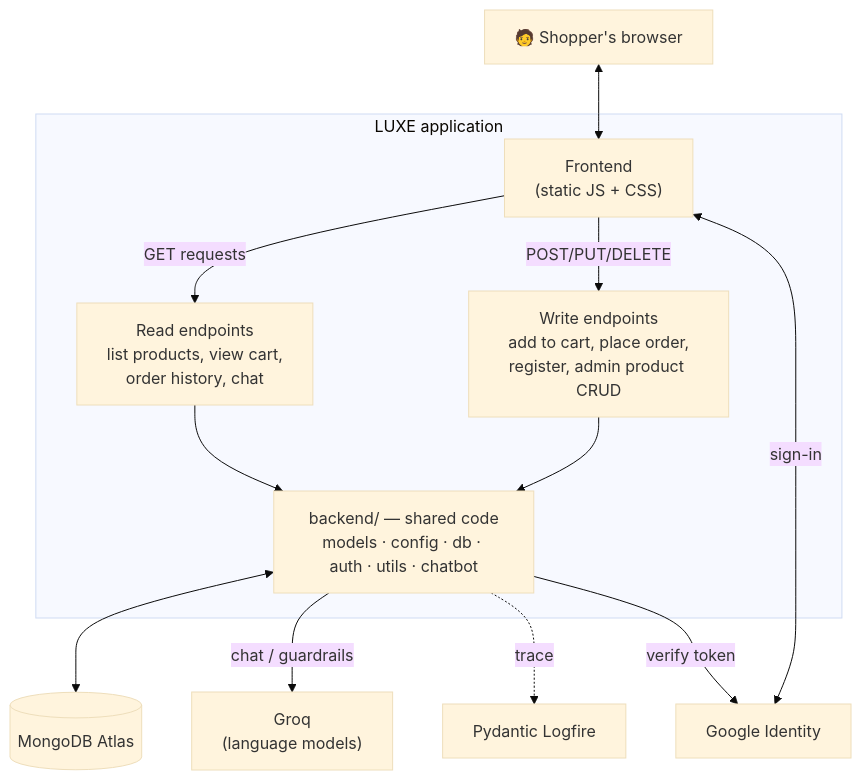
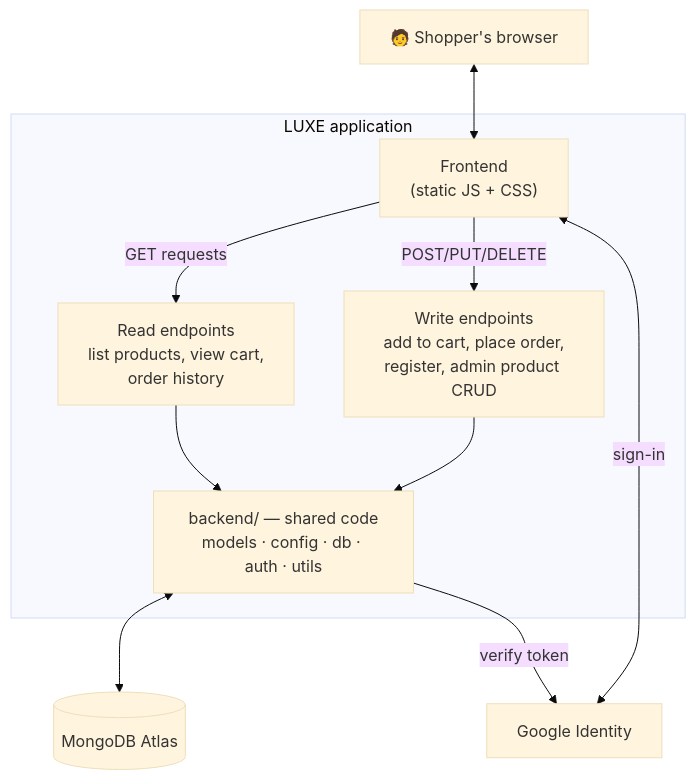
The first of 5 diagrams in docs/02-architecture.md (d-hackmt/ecom-store-gcp), drawn with Mermaid (base theme) before and after one commit. The commit also changed other lines of this file and 39 other files, not shown here.

````diff
--- a/docs/02-architecture.md
+++ b/docs/02-architecture.md
@@ -5,27 +5,23 @@
 ```mermaid
 flowchart TB
     U["🧑 Shopper's browser"]
 
     subgraph APP["LUXE application"]
         FE["Frontend<br/>(static JS + CSS)"]
-        RE["Read endpoints<br/>list products, view cart,<br/>order history, chat"]
+        RE["Read endpoints<br/>list products, view cart,<br/>order history"]
         WR["Write endpoints<br/>add to cart, place order,<br/>register, admin product CRUD"]
-        BR["backend/ — shared code<br/>models · config · db · auth · utils · chatbot"]
+        BR["backend/ — shared code<br/>models · config · db · auth · utils"]
     end
 
     DB[("MongoDB Atlas")]
-    LLM["Groq<br/>(language models)"]
-    LOG["Pydantic Logfire"]
     GID["Google Identity"]
 
     U <--> FE
     FE -->|GET requests| RE
     FE -->|POST/PUT/DELETE| WR
     RE --> BR
     WR --> BR
     BR <--> DB
-    BR -->|chat / guardrails| LLM
-    BR -.trace.-> LOG
     FE <-->|sign-in| GID
     BR -->|verify token| GID
 ```
````
